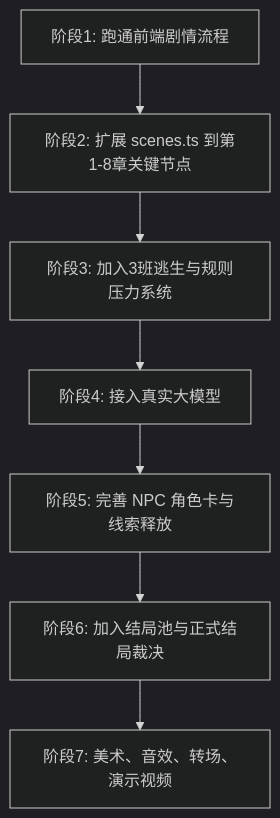
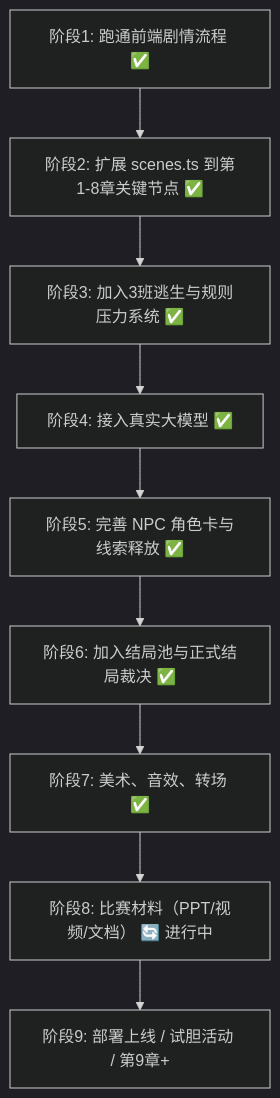
Before and after one commit to Spring0602/Happy-Child: the sixth of 6 diagrams in docs/项目说明.md, drawn with Mermaid (dark theme). The commit also changed other lines of this file and 2 other files, not shown here.

````diff
--- a/docs/项目说明.md
+++ b/docs/项目说明.md
@@ -260,9 +306,11 @@
 ```mermaid
 flowchart TD
-    A[阶段1: 跑通前端剧情流程] --> B[阶段2: 扩展 scenes.ts 到第1-8章关键节点]
-    B --> C[阶段3: 加入3班逃生与规则压力系统]
-    C --> D[阶段4: 接入真实大模型]
-    D --> E[阶段5: 完善 NPC 角色卡与线索释放]
-    E --> F[阶段6: 加入结局池与正式结局裁决]
-    F --> G[阶段7: 美术、音效、转场、演示视频]
+    A[阶段1: 跑通前端剧情流程 ✅] --> B[阶段2: 扩展 scenes.ts 到第1-8章关键节点 ✅]
+    B --> C[阶段3: 加入3班逃生与规则压力系统 ✅]
+    C --> D[阶段4: 接入真实大模型 ✅]
+    D --> E[阶段5: 完善 NPC 角色卡与线索释放 ✅]
+    E --> F[阶段6: 加入结局池与正式结局裁决 ✅]
+    F --> G[阶段7: 美术、音效、转场 ✅]
+    G --> H[阶段8: 比赛材料（PPT/视频/文档） 🔄 进行中]
+    H --> I[阶段9: 部署上线 / 试胆活动 / 第9章+]
 ```
````
